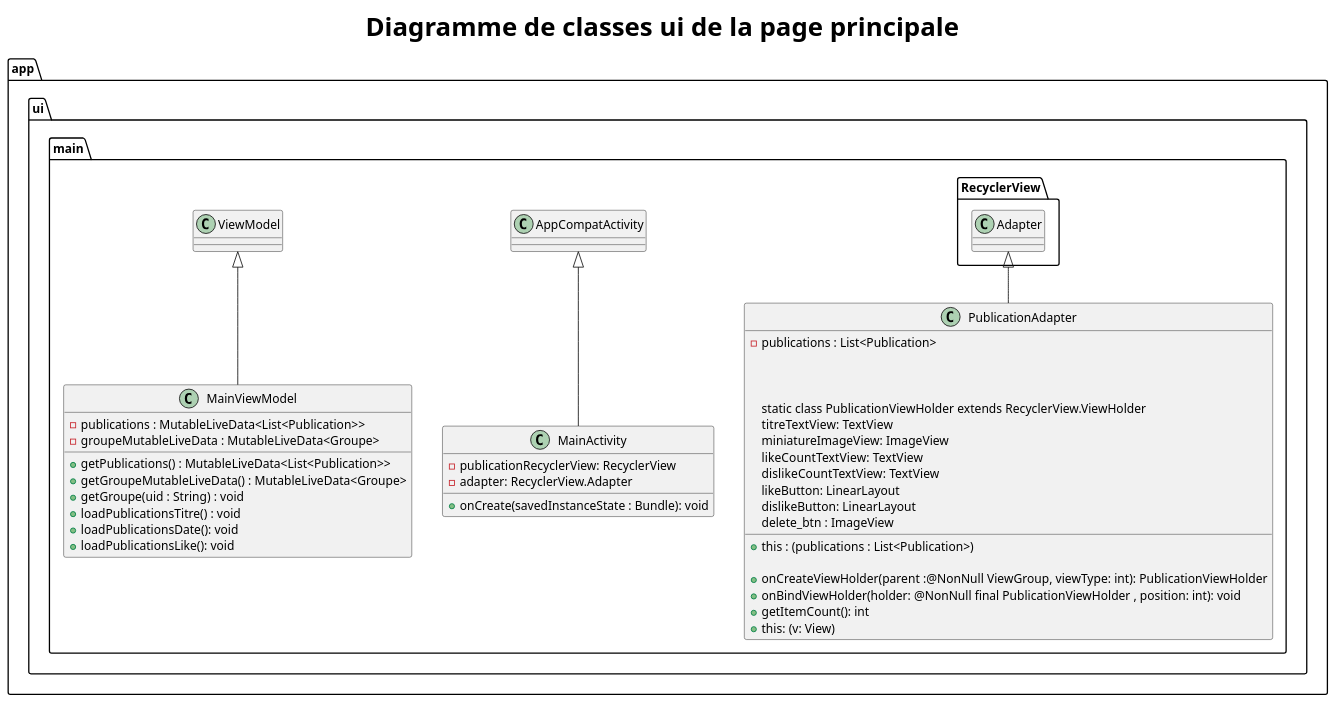
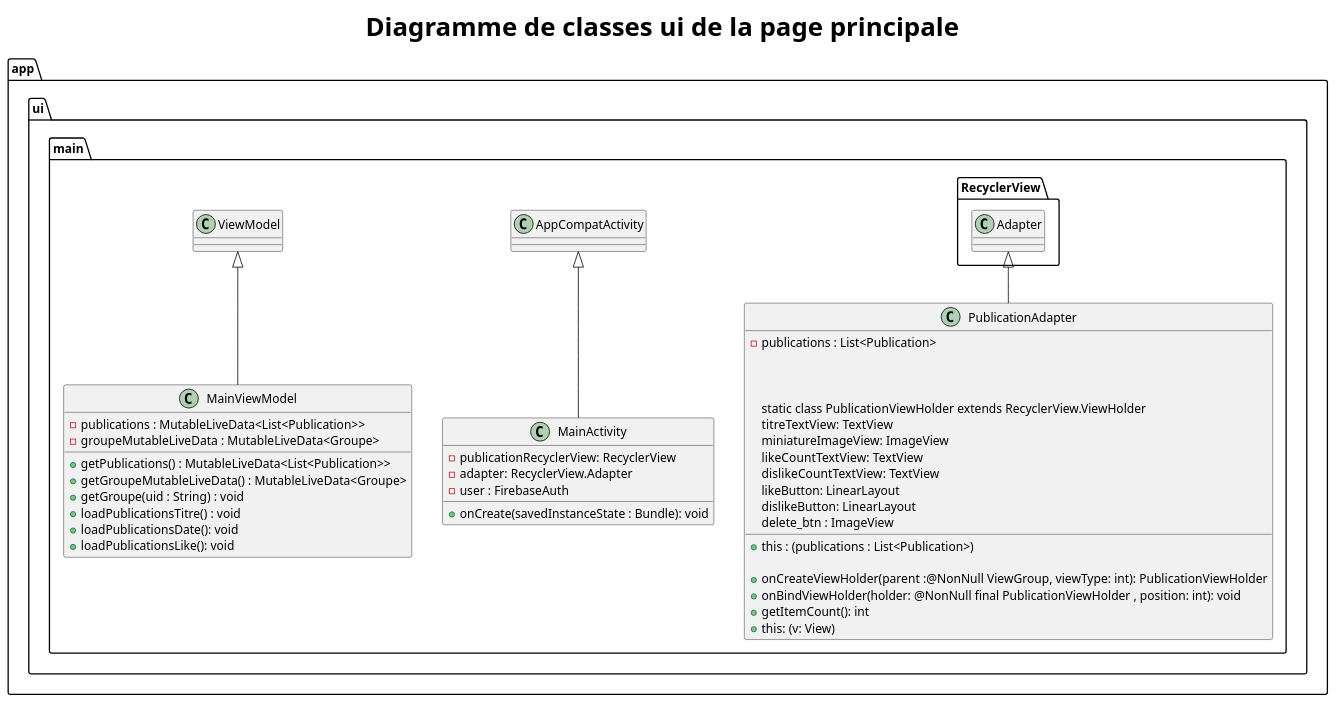
One commit to SefkanTas/Sonofy changed the diagram in app/docs/asciidoc/models/modelui6.puml. Above: the diagram before and after it, drawn with PlantUML. The commit also changed 11 other files, not shown here.

```diff
--- a/app/docs/asciidoc/models/modelui6.puml
+++ b/app/docs/asciidoc/models/modelui6.puml
@@ -1,52 +1,53 @@
 @startuml modelui6
 title <size:30><b>Diagramme de classes ui de la page principale</b></size>
 
 package app{
 
   package ui{
 
   package main{
 
           class MainActivity extends AppCompatActivity{
               - publicationRecyclerView: RecyclerView
               - adapter: RecyclerView.Adapter
+              - user : FirebaseAuth
 
               + onCreate(savedInstanceState : Bundle): void
           }
 
           class MainViewModel extends ViewModel{
                - publications : MutableLiveData<List<Publication>>
                - groupeMutableLiveData : MutableLiveData<Groupe>
 
                + getPublications() : MutableLiveData<List<Publication>>
                + getGroupeMutableLiveData() : MutableLiveData<Groupe>
                + getGroupe(uid : String) : void
                + loadPublicationsTitre() : void
                + loadPublicationsDate(): void
                + loadPublicationsLike(): void
           }
 
           class PublicationAdapter extends RecyclerView.Adapter{
               - publications : List<Publication>
 
               + this : (publications : List<Publication>)
 
               + onCreateViewHolder(parent :@NonNull ViewGroup, viewType: int): PublicationViewHolder
               + onBindViewHolder(holder: @NonNull final PublicationViewHolder , position: int): void
               + getItemCount(): int
 
               static class PublicationViewHolder extends RecyclerView.ViewHolder
                      titreTextView: TextView
                      miniatureImageView: ImageView
                      likeCountTextView: TextView
                      dislikeCountTextView: TextView
                      likeButton: LinearLayout
                      dislikeButton: LinearLayout
                      delete_btn : ImageView
 
                      + this: (v: View)
             }
         }
   }
 }
 @enduml
```
